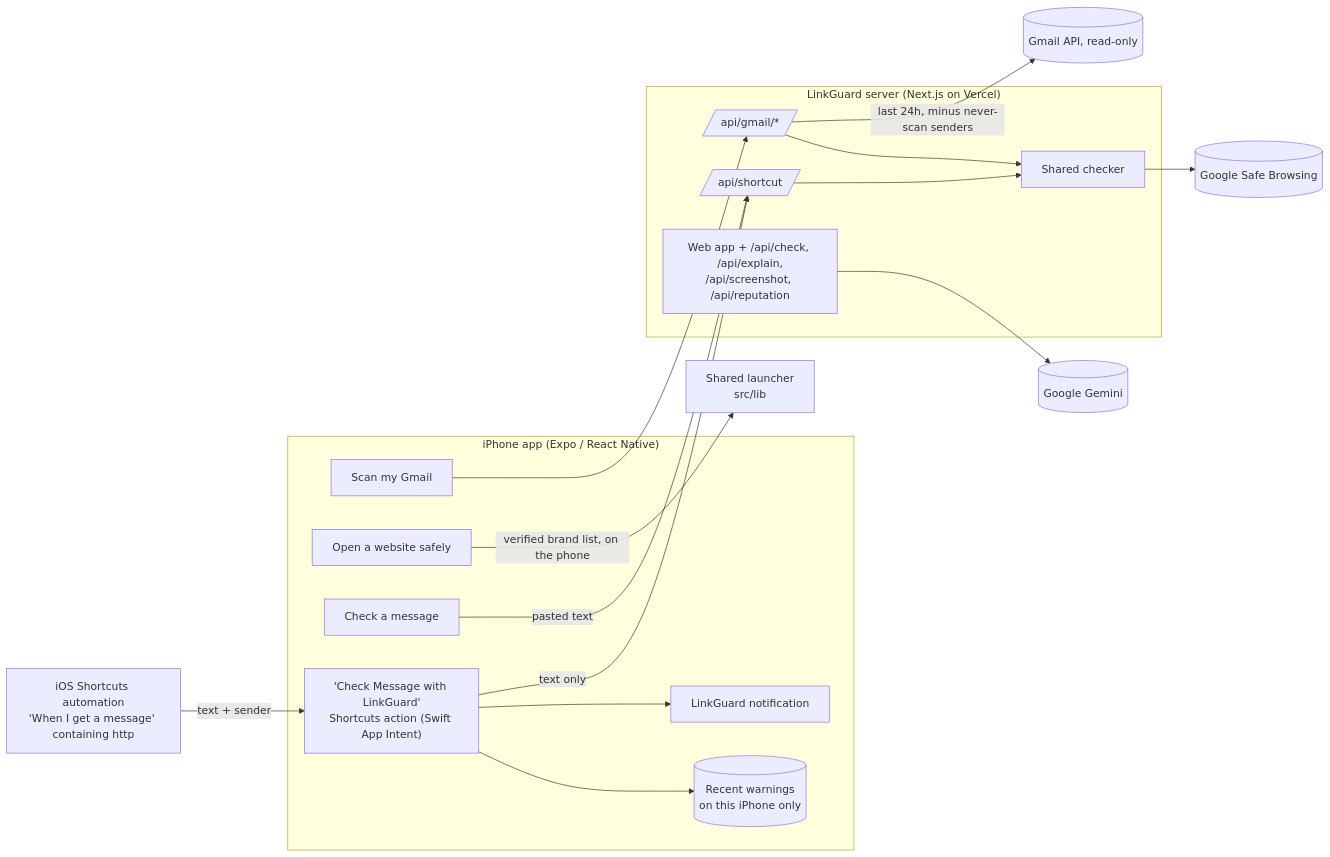
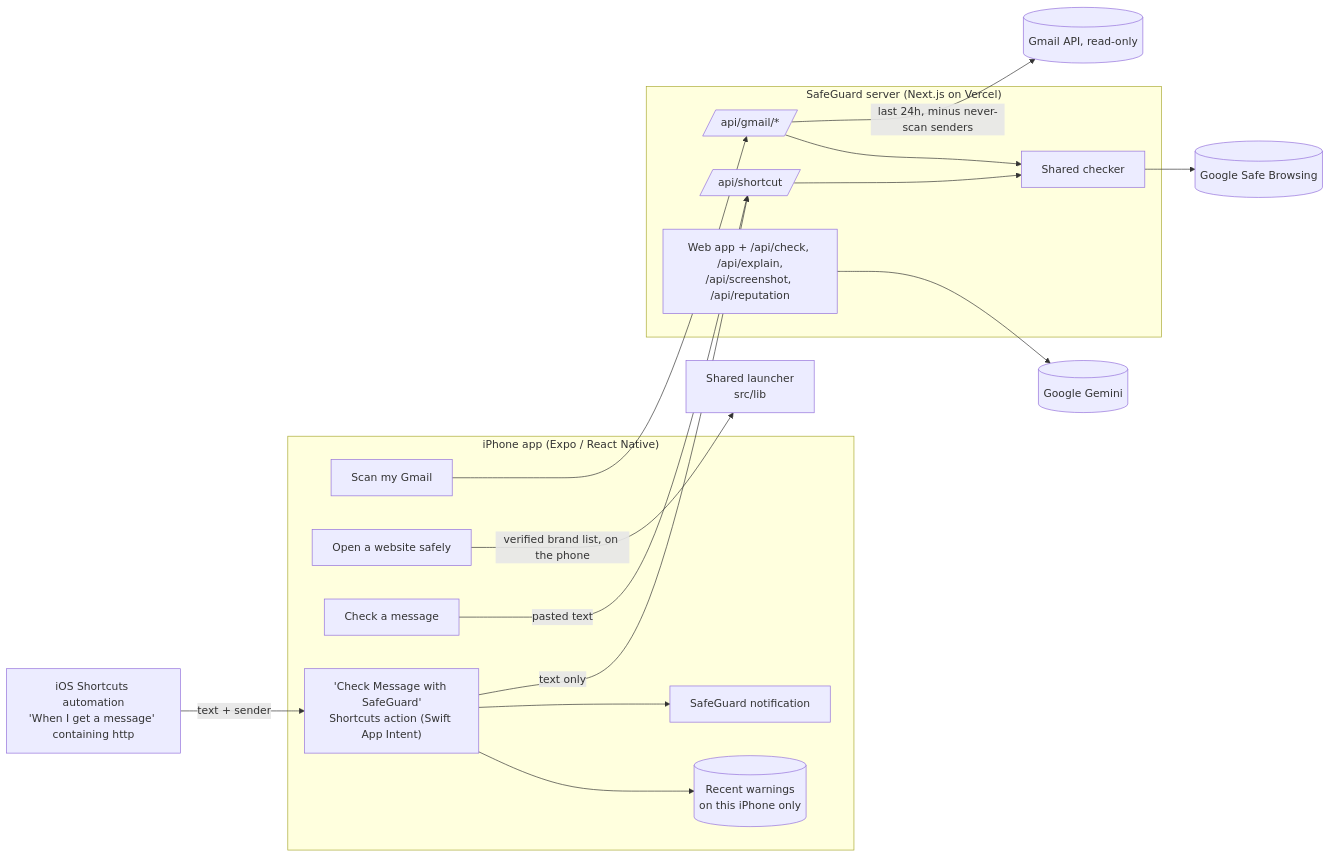
Before and after one commit to Deepakrajkumar007/safeguard: the diagram in README.md, drawn with Mermaid. The commit also changed other lines of this file and 33 other files, not shown here.

First line of the commit message:
Rename the project to SafeGuard

````diff
--- a/README.md
+++ b/README.md
@@ -54,29 +54,29 @@
 ```mermaid
 flowchart LR
   subgraph Phone["iPhone app (Expo / React Native)"]
     G[Scan my Gmail]
     O[Open a website safely]
     P[Check a message]
-    A["'Check Message with LinkGuard'<br/>Shortcuts action (Swift App Intent)"]
+    A["'Check Message with SafeGuard'<br/>Shortcuts action (Swift App Intent)"]
     RW[(Recent warnings<br/>on this iPhone only)]
-    N[LinkGuard notification]
+    N[SafeGuard notification]
   end
   S["iOS Shortcuts automation<br/>'When I get a message' containing http"] -->|text + sender| A
   O -->|verified brand list, on the phone| L[Shared launcher<br/>src/lib]
   A -->|text only| SH
   P -->|pasted text| SH
   A --> N
   A --> RW
-  subgraph Server["LinkGuard server (Next.js on Vercel)"]
+  subgraph Server["SafeGuard server (Next.js on Vercel)"]
     GM[/api/gmail/*/]
     SH[/api/shortcut/]
     C[Shared checker]
     W[Web app + /api/check, /api/explain,<br/>/api/screenshot, /api/reputation]
   end
   G --> GM
   GM -->|last 24h, minus never-scan senders| GML[(Gmail API, read-only)]
   SH --> C
   GM --> C
   C --> SB[(Google Safe Browsing)]
   W --> GEM[(Google Gemini)]
 ```
````
